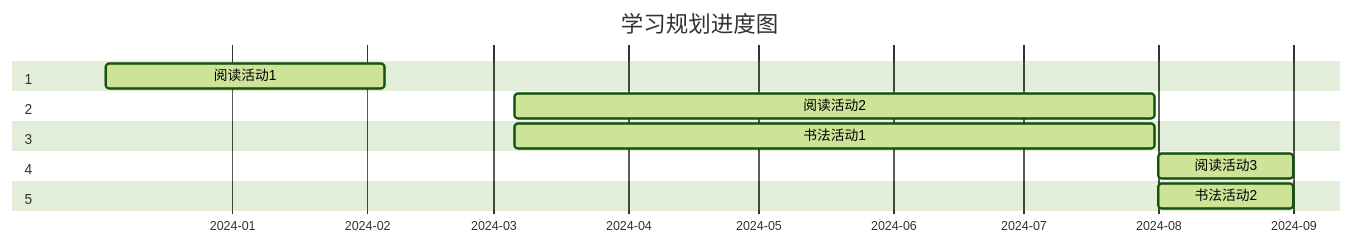
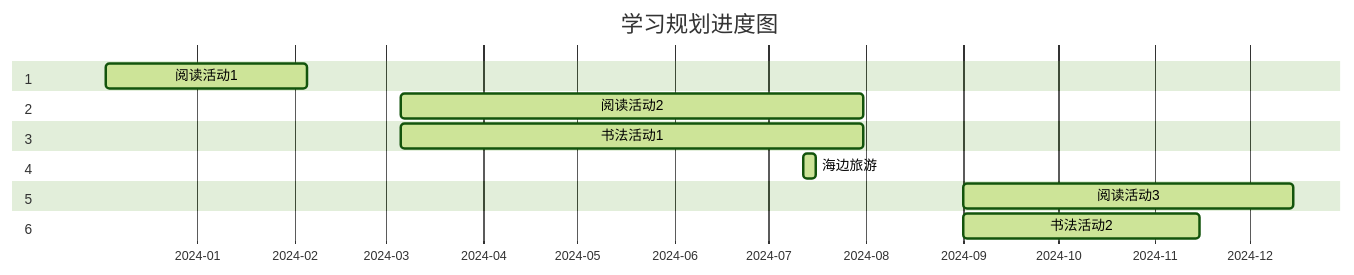
Before and after one commit to mushroom-cn/mushroom-cn.github.io: the diagram in index.md, drawn with Mermaid. The commit also changed other lines of this file, not shown here.

````diff
--- a/index.md
+++ b/index.md
@@ -14,19 +14,21 @@
 ```mermaid
 gantt
 %%{init: { 'logLevel': 'debug', 'theme': 'forest' } }%%
     title       学习规划进度图
     dateFormat  YYYY-MM-DD
     axisFormat  %Y-%m
 
     section 1
         阅读活动1               :active,  2023-12-03, 2024-02-05
     section 2
         阅读活动2               :active,  2024-03-06, 2024-07-31
     section 3
         书法活动1               :active,  2024-03-06, 2024-07-31
     section 4
-        阅读活动3               :active,  2024-08-01, 2024-09-01
+        海边旅游                :active,  2024-07-12, 2024-07-16
     section 5
-        书法活动2               :active,  2024-08-01, 2024-09-01
+        阅读活动3               :active,  2024-09-01, 2024-12-15
+    section 6
+        书法活动2               :active,  2024-09-01, 2024-11-15
 
 ```
````
